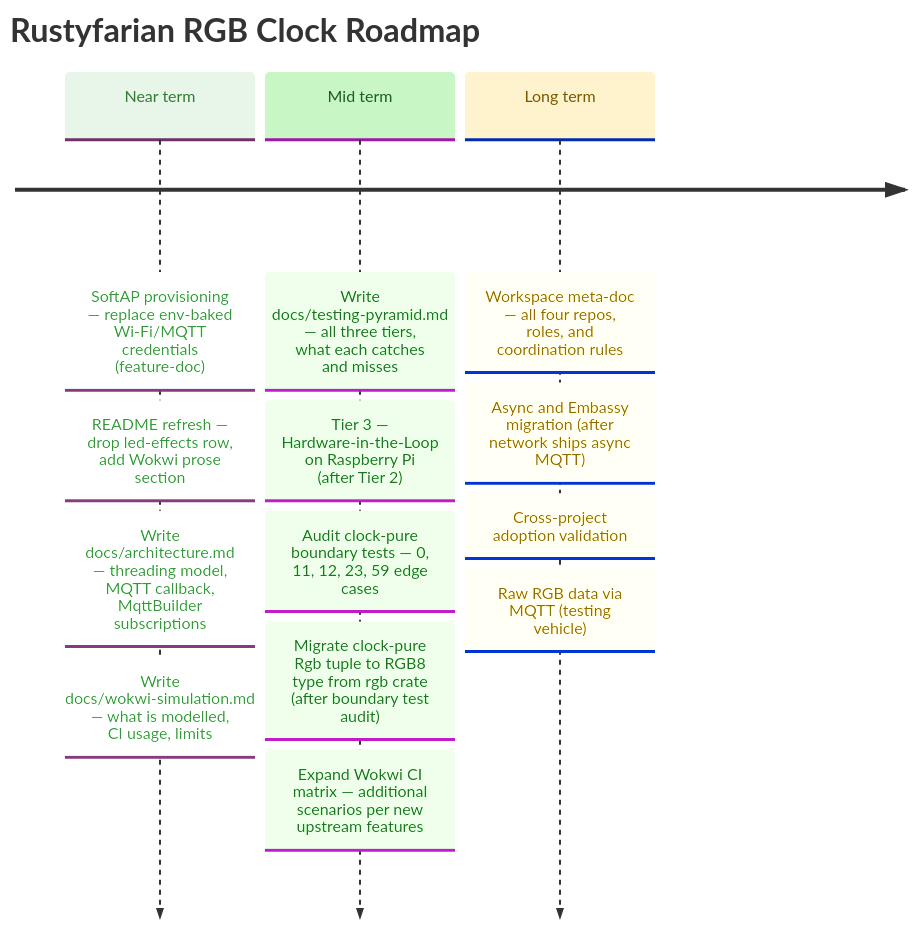
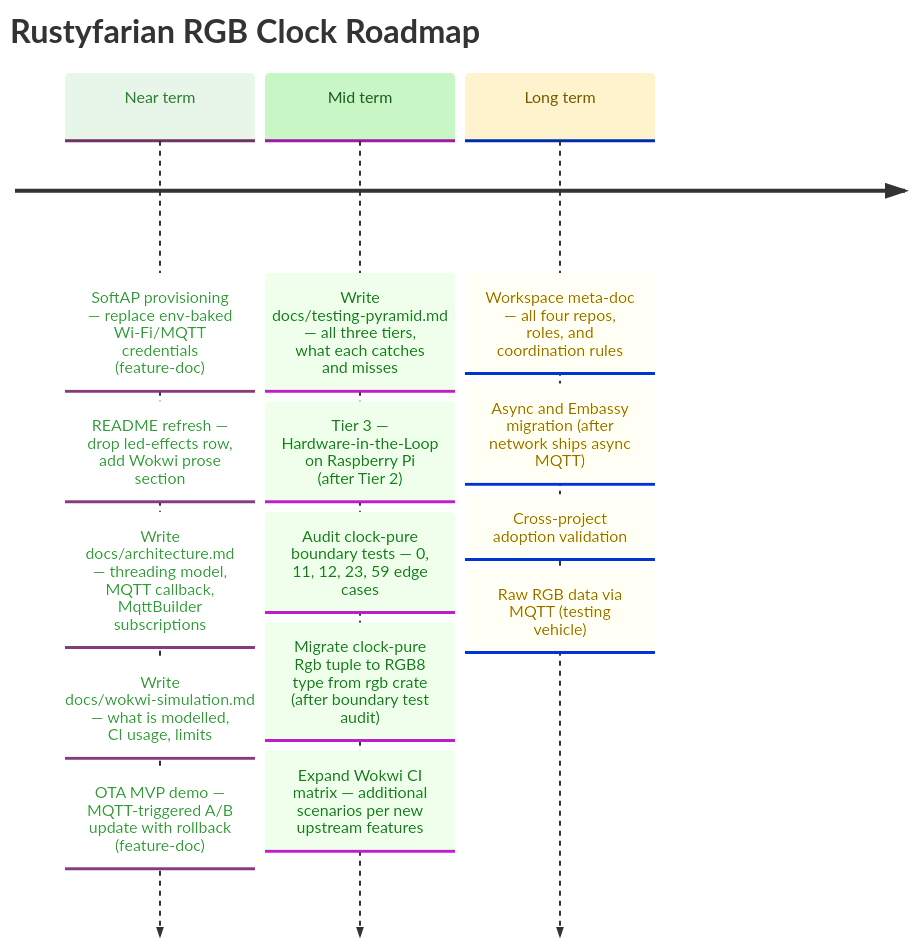
Before and after one commit to datenkollektiv/rustyfarian-rgb-clock: the diagram in docs/ROADMAP.md, drawn with Mermaid. The commit also changed 32 other files, not shown here.

````diff
--- a/docs/ROADMAP.md
+++ b/docs/ROADMAP.md
@@ -10,34 +10,35 @@
 ```mermaid
 %%{init: {
   "theme": "base",
   "themeVariables": {
     "cScale0": "#e8f5e9",
     "cScaleLabel0": "#2e7d32",
     "cScale1": "#c8f7c5",
     "cScaleLabel1": "#1b5e20",
     "cScale2": "#fff3cd",
     "cScaleLabel2": "#7a5a00",
     "cScale3": "#e3f2fd",
     "cScaleLabel3": "#0d47a1"
   }
 }}%%
 
 timeline
     title Rustyfarian RGB Clock Roadmap
 
     Near term : SoftAP provisioning — replace env-baked Wi-Fi/MQTT credentials (feature-doc)
               : README refresh — drop led-effects row, add Wokwi prose section
               : Write docs/architecture.md — threading model, MQTT callback, MqttBuilder subscriptions
               : Write docs/wokwi-simulation.md — what is modelled, CI usage, limits
+              : OTA MVP demo — MQTT-triggered A/B update with rollback (feature-doc)
 
     Mid term  : Write docs/testing-pyramid.md — all three tiers, what each catches and misses
               : Tier 3 — Hardware-in-the-Loop on Raspberry Pi (after Tier 2)
               : Audit clock-pure boundary tests — 0, 11, 12, 23, 59 edge cases
               : Migrate clock-pure Rgb tuple to RGB8 type from rgb crate (after boundary test audit)
               : Expand Wokwi CI matrix — additional scenarios per new upstream features
 
     Long term : Workspace meta-doc — all four repos, roles, and coordination rules
               : Async and Embassy migration (after network ships async MQTT)
               : Cross-project adoption validation
               : Raw RGB data via MQTT (testing vehicle)
 ```
````
